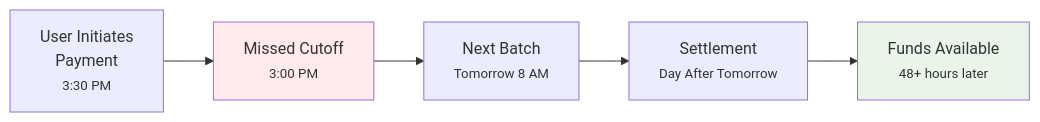
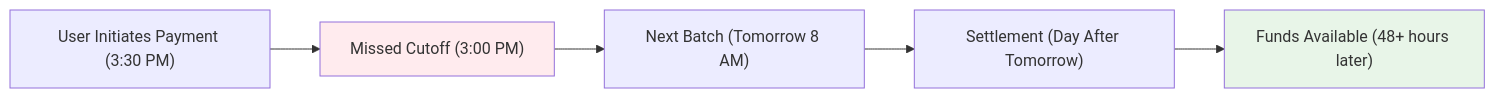
The diagram in _posts/2025-08-20-ach-good-bad-ugly.md (sumahiremath/buildtales), drawn with Mermaid before and after one commit. The commit also changed other lines of this file and 10 other files, not shown here.

````diff
--- a/_posts/2025-08-20-ach-good-bad-ugly.md
+++ b/_posts/2025-08-20-ach-good-bad-ugly.md
@@ -135,16 +124,10 @@
-<div class="mermaid">
+```mermaid
 flowchart LR
-    A["User Initiates<br>Payment<br><small>3:30 PM</small>"] 
-    B["Missed Cutoff<br><small>3:00 PM</small>"]
-    C["Next Batch<br><small>Tomorrow 8 AM</small>"]
-    D["Settlement<br><small>Day After Tomorrow</small>"]
-    E["Funds Available<br><small>48+ hours later</small>"]
-    
-    A --> B
-    B --> C
-    C --> D
-    D --> E
-    
+A["User Initiates Payment (3:30 PM)"] --> B["Missed Cutoff (3:00 PM)"]
+B --> C["Next Batch (Tomorrow 8 AM)"]
+C --> D["Settlement (Day After Tomorrow)"]
+D --> E["Funds Available (48+ hours later)"]
+
     style B fill:#ffebee
     style E fill:#e8f5e8
-</div>
+```
````
